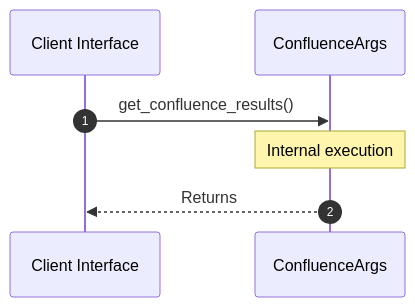
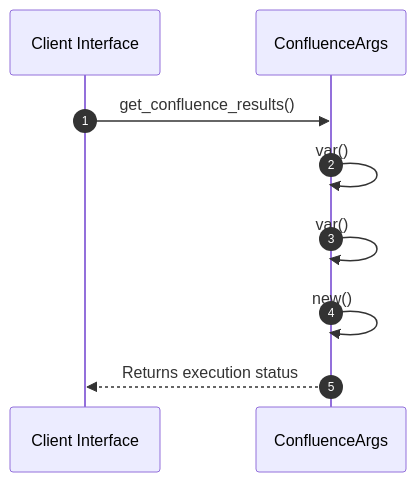
The second of 2 diagrams in openwiki/src/infrastructure/tools/confluence.md (lgcorzo/fastapi-autogen-team), drawn with Mermaid before and after one commit. The commit also changed other lines of this file and 22 other files, not shown here.

````diff
--- a/openwiki/src/infrastructure/tools/confluence.md
+++ b/openwiki/src/infrastructure/tools/confluence.md
@@ -48,9 +49,11 @@
 ```mermaid
 sequenceDiagram
     autonumber
     participant Caller as Client Interface
     participant Svc as ConfluenceArgs
     Caller->>Svc: get_confluence_results()
-    Note over Svc: Internal execution
-    Svc-->>Caller: Returns
+    Svc->>Svc: var()
+    Svc->>Svc: var()
+    Svc->>Svc: new()
+    Svc-->>Caller: Returns execution status
 ```
````
